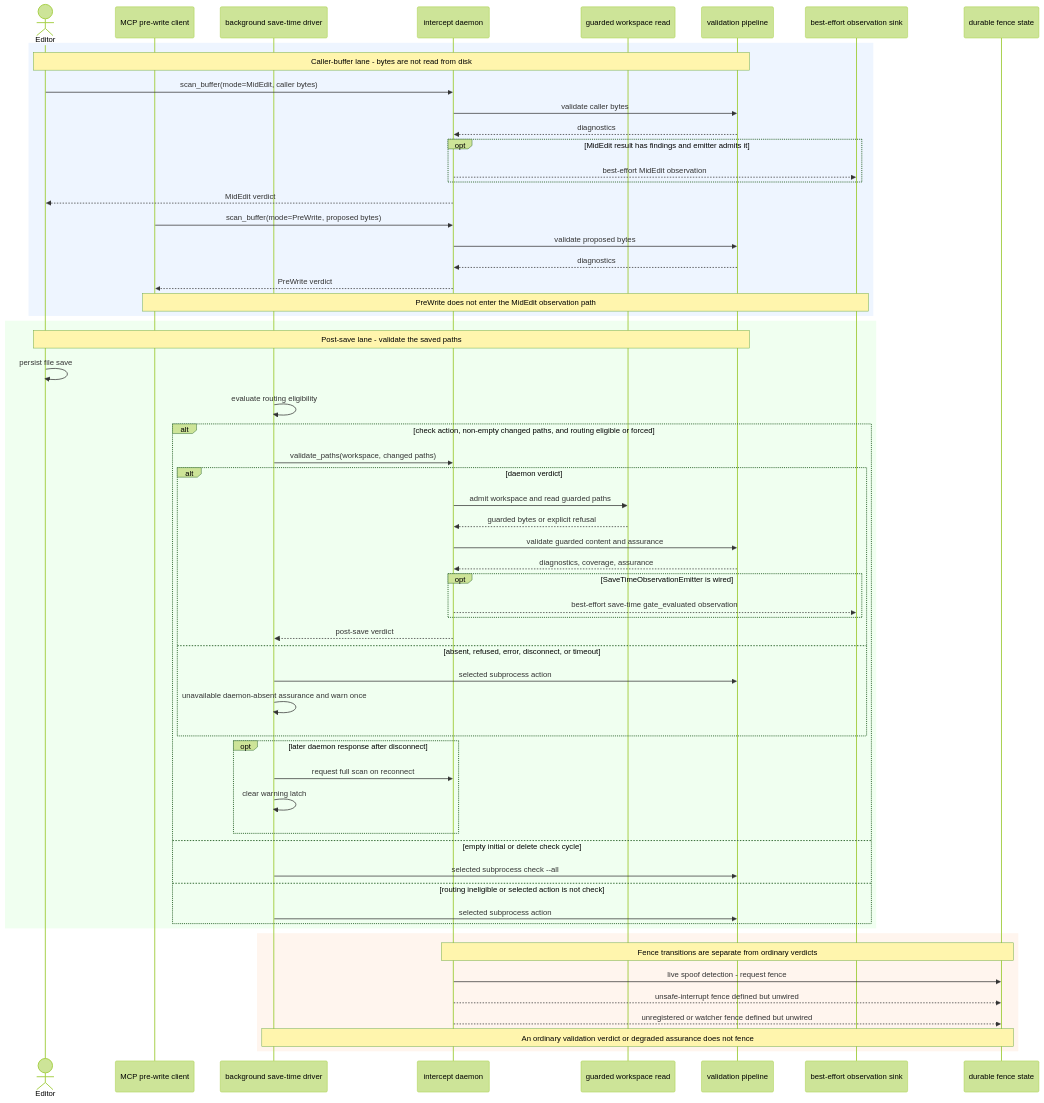
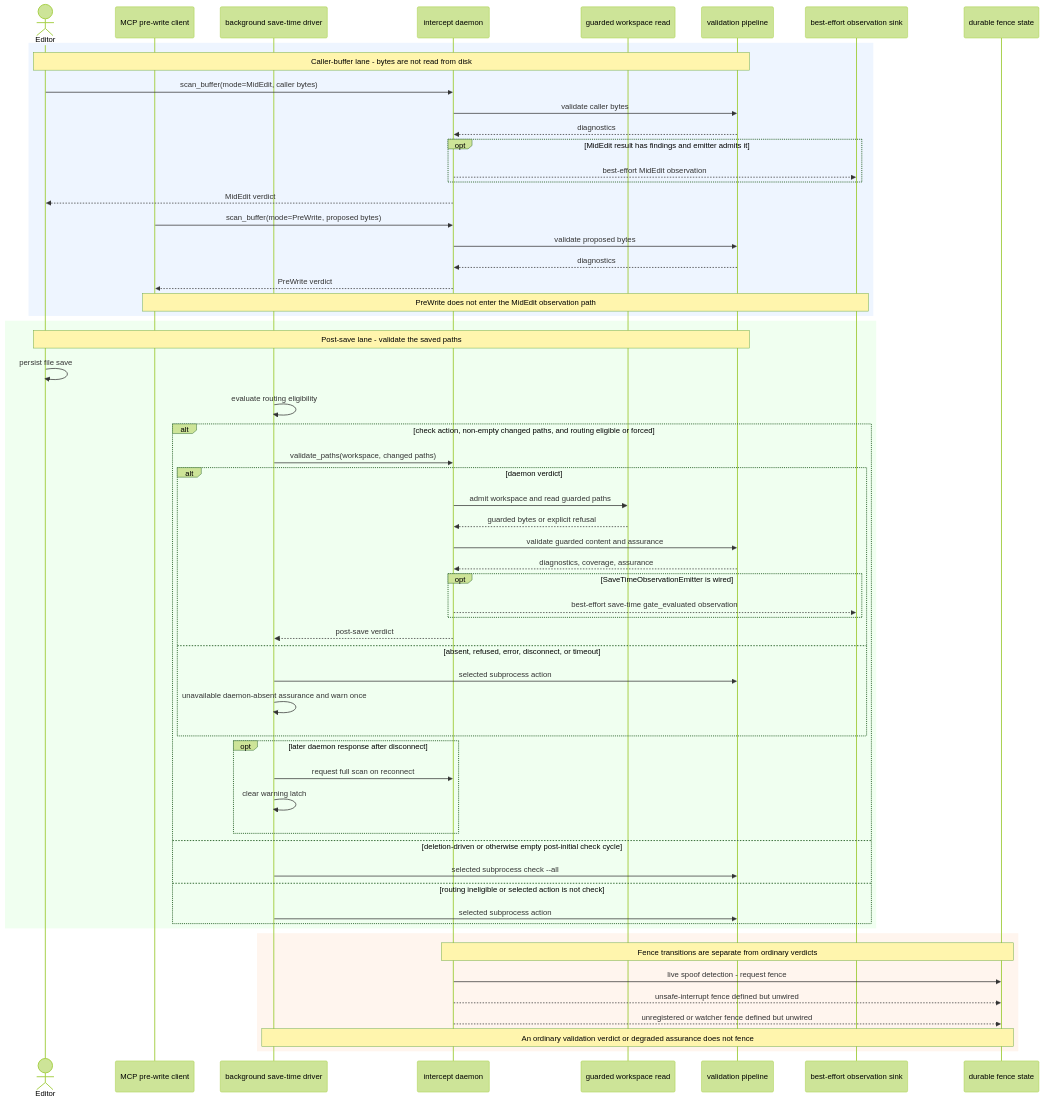
Before and after one commit to eddacraft/eddacraft-tui: the diagram in docs/architecture/save-to-validation.md, drawn with Mermaid (forest theme). The commit also changed other lines of this file and 1 other file, not shown here.

First line of the commit message:
docs(architecture): correct initial save routing

````diff
--- a/docs/architecture/save-to-validation.md
+++ b/docs/architecture/save-to-validation.md
@@ -22,65 +22,65 @@
 ```mermaid
 sequenceDiagram
     actor Editor
     participant MCP as MCP pre-write client
     participant Driver as background save-time driver
     participant Daemon as intercept daemon
     participant Guard as guarded workspace read
     participant Checks as validation pipeline
     participant Observe as best-effort observation sink
     participant Fence as durable fence state
 
     rect rgb(238, 245, 255)
         Note over Editor,Checks: Caller-buffer lane - bytes are not read from disk
         Editor->>Daemon: scan_buffer(mode=MidEdit, caller bytes)
         Daemon->>Checks: validate caller bytes
         Checks-->>Daemon: diagnostics
         opt MidEdit result has findings and emitter admits it
             Daemon-->>Observe: best-effort MidEdit observation
         end
         Daemon-->>Editor: MidEdit verdict
         MCP->>Daemon: scan_buffer(mode=PreWrite, proposed bytes)
         Daemon->>Checks: validate proposed bytes
         Checks-->>Daemon: diagnostics
         Daemon-->>MCP: PreWrite verdict
         Note over MCP,Observe: PreWrite does not enter the MidEdit observation path
     end
 
     rect rgb(240, 255, 240)
         Note over Editor,Checks: Post-save lane - validate the saved paths
         Editor->>Editor: persist file save
         Driver->>Driver: evaluate routing eligibility
         alt check action, non-empty changed paths, and routing eligible or forced
             Driver->>Daemon: validate_paths(workspace, changed paths)
             alt daemon verdict
                 Daemon->>Guard: admit workspace and read guarded paths
                 Guard-->>Daemon: guarded bytes or explicit refusal
                 Daemon->>Checks: validate guarded content and assurance
                 Checks-->>Daemon: diagnostics, coverage, assurance
                 opt SaveTimeObservationEmitter is wired
                     Daemon-->>Observe: best-effort save-time gate_evaluated observation
                 end
                 Daemon-->>Driver: post-save verdict
             else absent, refused, error, disconnect, or timeout
                 Driver->>Checks: selected subprocess action
                 Driver->>Driver: unavailable daemon-absent assurance and warn once
             end
             opt later daemon response after disconnect
                 Driver->>Daemon: request full scan on reconnect
                 Driver->>Driver: clear warning latch
             end
-        else empty initial or delete check cycle
+        else deletion-driven or otherwise empty post-initial check cycle
             Driver->>Checks: selected subprocess check --all
         else routing ineligible or selected action is not check
             Driver->>Checks: selected subprocess action
         end
     end
 
     rect rgb(255, 245, 238)
         Note over Daemon,Fence: Fence transitions are separate from ordinary verdicts
         Daemon->>Fence: live spoof detection - request fence
         Daemon-->>Fence: unsafe-interrupt fence defined but unwired
         Daemon-->>Fence: unregistered or watcher fence defined but unwired
         Note over Driver,Fence: An ordinary validation verdict or degraded assurance does not fence
     end
 ```
````
